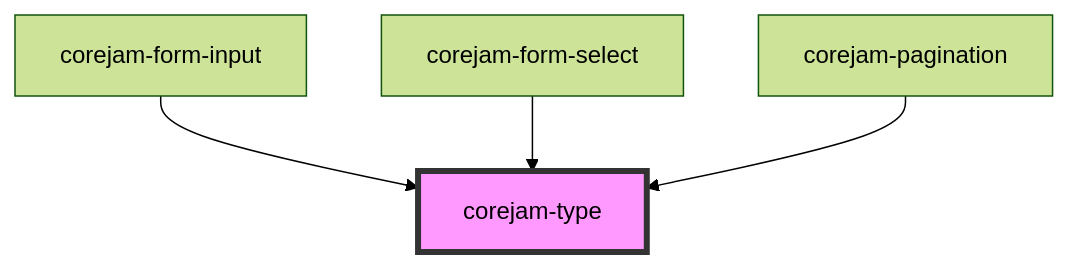
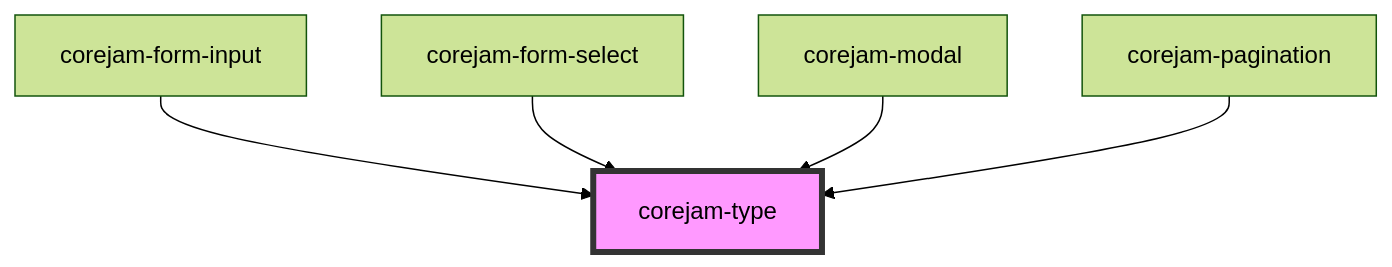
Before and after one commit to corejam/corejam: the diagram in packages/core-components/app/components/Type/readme.md, drawn with Mermaid (forest theme). The commit also changed other lines of this file and 43 other files, not shown here.

````diff
--- a/packages/core-components/app/components/Type/readme.md
+++ b/packages/core-components/app/components/Type/readme.md
@@ -34,7 +38,8 @@
 ```mermaid
 graph TD;
   corejam-form-input --> corejam-type
   corejam-form-select --> corejam-type
+  corejam-modal --> corejam-type
   corejam-pagination --> corejam-type
   style corejam-type fill:#f9f,stroke:#333,stroke-width:4px
 ```
````
